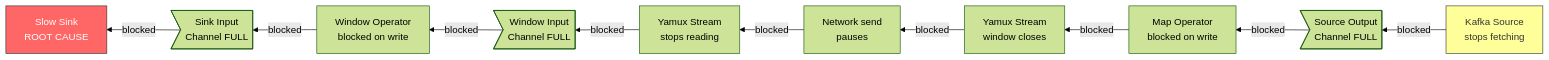
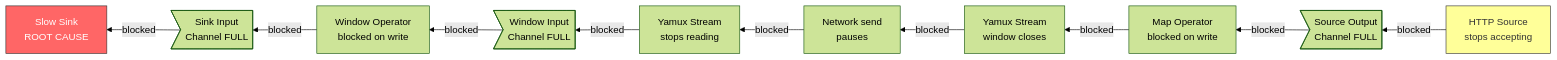
The seventh of 12 diagrams in docs/diagrams.md (tarungka/wire), drawn with Mermaid (forest theme) before and after one commit. The commit also changed other lines of this file and 6 other files, not shown here.

````diff
--- a/docs/diagrams.md
+++ b/docs/diagrams.md
@@ -227,15 +227,15 @@
 ```mermaid
 flowchart RL
-    KAFKA["Kafka Source<br/>stops fetching"] -->|blocked| SRC_CH>"Source Output<br/>Channel FULL"]
+    SRC["HTTP Source<br/>stops accepting"] -->|blocked| SRC_CH>"Source Output<br/>Channel FULL"]
     SRC_CH -->|blocked| MAP["Map Operator<br/>blocked on write"]
     MAP -->|blocked| YAMUX_OUT["Yamux Stream<br/>window closes"]
     YAMUX_OUT -->|blocked| NET["Network send<br/>pauses"]
     NET -->|blocked| YAMUX_IN["Yamux Stream<br/>stops reading"]
     YAMUX_IN -->|blocked| WIN_CH>"Window Input<br/>Channel FULL"]
     WIN_CH -->|blocked| WIN["Window Operator<br/>blocked on write"]
     WIN -->|blocked| SINK_CH>"Sink Input<br/>Channel FULL"]
     SINK_CH -->|blocked| SINK["Slow Sink<br/>ROOT CAUSE"]
 
     style SINK fill:#f66,stroke:#333,color:#fff
-    style KAFKA fill:#ff9,stroke:#333,color:#333
+    style SRC fill:#ff9,stroke:#333,color:#333
 ```
````
